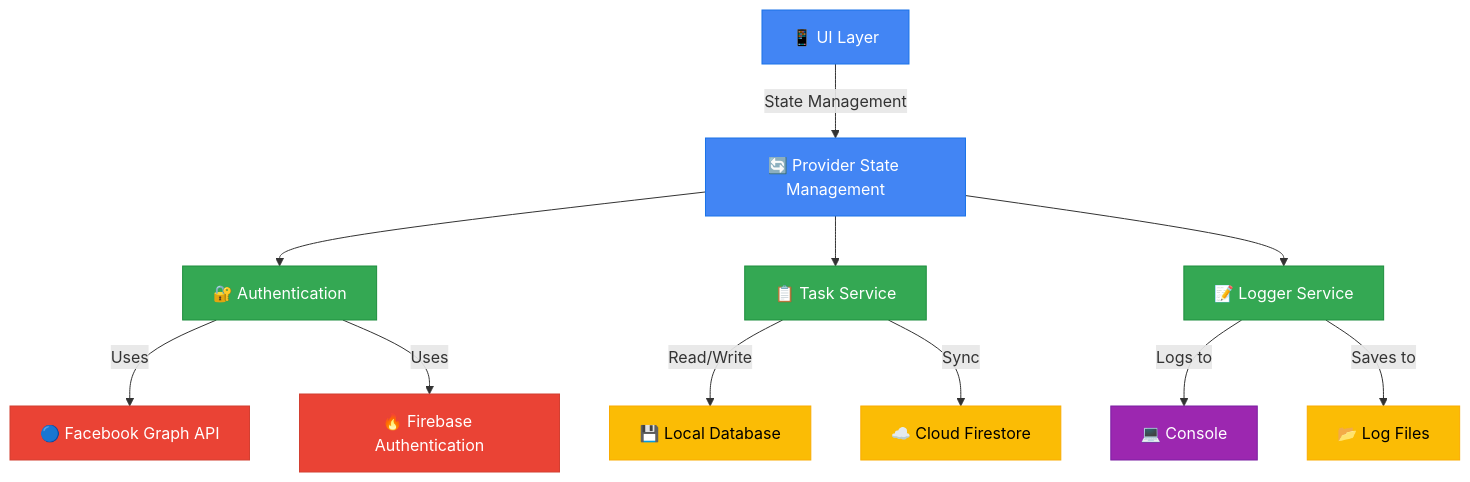
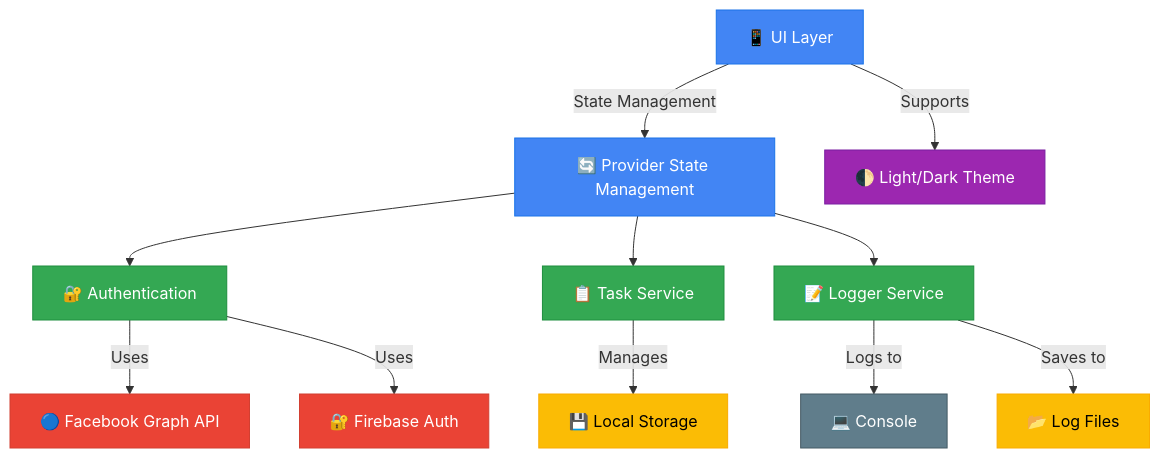
Before and after one commit to KarthigeyanT/Katomaran_hackathon_TODO-LIST: the diagram in README.md, drawn with Mermaid. The commit also changed other lines of this file, not shown here.

First line of the commit message:
docs: update README with accurate architecture and app flow

````diff
--- a/README.md
+++ b/README.md
@@ -52,36 +52,40 @@
 ```mermaid
 graph TD
     %% UI Layer
     UI[📱 UI Layer]
     UI -->|State Management| Provider[🔄 Provider State Management]
     
     %% Services Layer
     Provider --> Auth[🔐 Authentication]
     Provider --> TaskService[📋 Task Service]
     Provider --> Logger[📝 Logger Service]
     
     %% Authentication
     Auth -->|Uses| Facebook[🔵 Facebook Graph API]
-    Auth -->|Uses| FirebaseAuth[🔥 Firebase Authentication]
+    Auth -->|Uses| FirebaseAuth[🔐 Firebase Auth]
     
     %% Data Layer
-    TaskService -->|Read/Write| LocalDB[💾 Local Database]
-    TaskService -->|Sync| CloudDB[☁️ Cloud Firestore]
+    TaskService -->|Manages| LocalStorage[💾 Local Storage]
     
     %% Logging
     Logger -->|Logs to| Console[💻 Console]
     Logger -->|Saves to| LogStorage[📂 Log Files]
+    
+    %% Theme
+    UI -->|Supports| Theme[🌓 Light/Dark Theme]
     
     %% Styling
     classDef ui fill:#4285F4,stroke:#1A73E8,color:white,rounded:10px
     classDef service fill:#34A853,stroke:#1E8E3E,color:white,rounded:10px
     classDef auth fill:#EA4335,stroke:#D23F31,color:white,rounded:10px
     classDef storage fill:#FBBC05,stroke:#F9AB00,color:black,rounded:10px
-    classDef external fill:#9C27B0,stroke:#7B1FA2,color:white,rounded:10px
+    classDef theme fill:#9C27B0,stroke:#7B1FA2,color:white,rounded:10px
+    classDef external fill:#607D8B,stroke:#455A64,color:white,rounded:10px
     
     class UI,Provider ui
     class Auth,TaskService,Logger service
     class Facebook,FirebaseAuth auth
-    class LocalDB,CloudDB,LogStorage storage
+    class LocalStorage,LogStorage storage
+    class Theme theme
     class Console external
 ```
````
